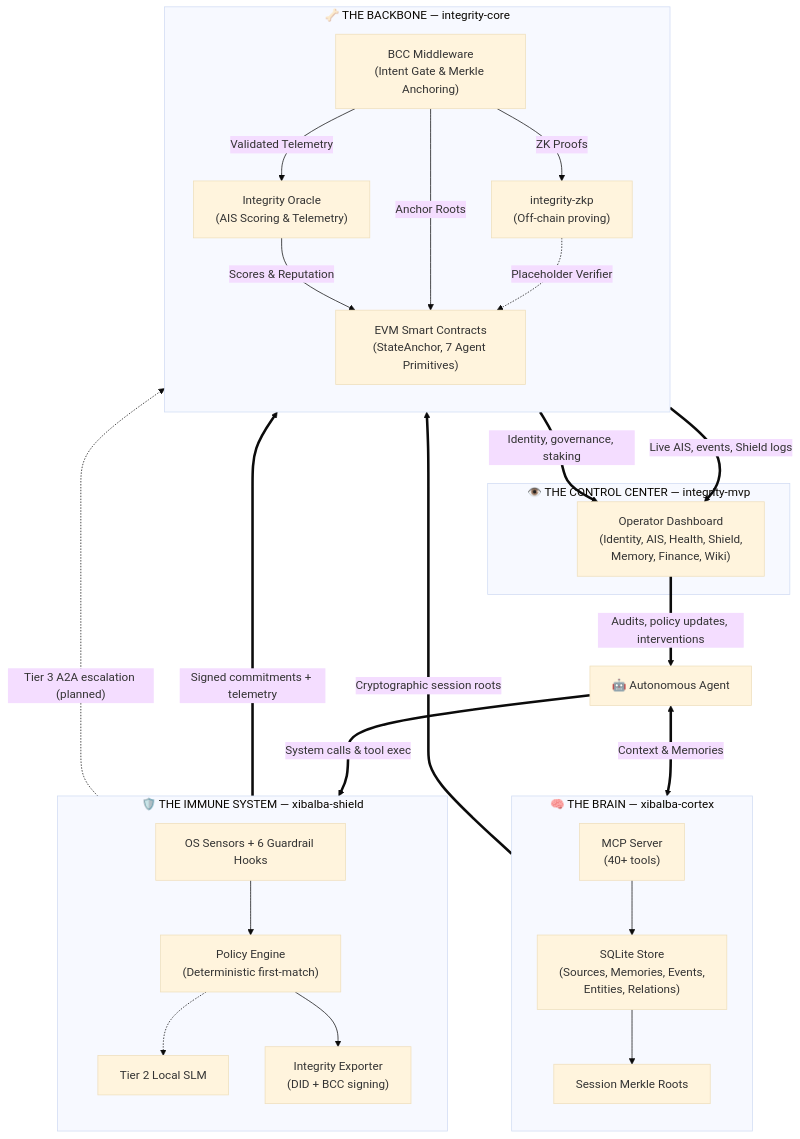
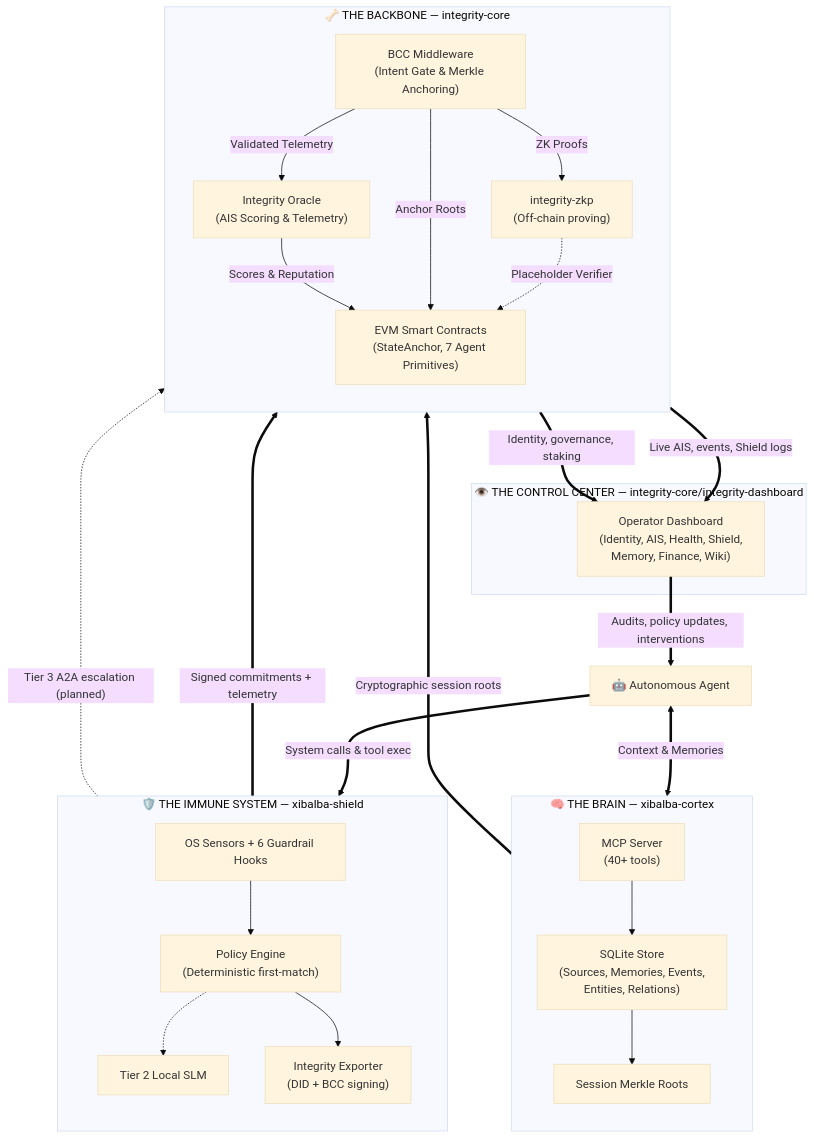
One commit to XibalbaTechSol/integrity-core changed the second of 2 diagrams in SPECIFICATION.md. Above: the diagram before and after it, drawn with Mermaid (base theme). The commit also changed other lines of this file and 14 other files, not shown here.

First line of the commit message:
Correct ecosystem docs: 3 repos, not 4 (integrity-mvp superseded by integrity-dashboard/)

````diff
--- a/SPECIFICATION.md
+++ b/SPECIFICATION.md
@@ -146,49 +149,49 @@
 ```mermaid
 flowchart TD
     subgraph Brain["🧠 THE BRAIN — xibalba-cortex"]
         direction TB
         MCP["MCP Server<br/>(40+ tools)"]
         MemStore["SQLite Store<br/>(Sources, Memories, Events,<br/>Entities, Relations)"]
         MerkleRoot["Session Merkle Roots"]
         MCP --> MemStore --> MerkleRoot
     end
 
     subgraph Immune["🛡️ THE IMMUNE SYSTEM — xibalba-shield"]
         direction TB
         Sensors["OS Sensors + 6 Guardrail Hooks"]
         PolicyEng["Policy Engine<br/>(Deterministic first-match)"]
         SLM["Tier 2 Local SLM"]
         ShieldExporter["Integrity Exporter<br/>(DID + BCC signing)"]
         Sensors --> PolicyEng
         PolicyEng -.-> SLM
         PolicyEng --> ShieldExporter
     end
 
     subgraph Backbone["🦴 THE BACKBONE — integrity-core"]
         direction TB
         BCC["BCC Middleware<br/>(Intent Gate & Merkle Anchoring)"]
         Oracle["Integrity Oracle<br/>(AIS Scoring & Telemetry)"]
         Chain["EVM Smart Contracts<br/>(StateAnchor, 7 Agent Primitives)"]
         ZK["integrity-zkp<br/>(Off-chain proving)"]
         BCC -->|Validated Telemetry| Oracle
         Oracle -->|Scores & Reputation| Chain
         BCC -->|Anchor Roots| Chain
         BCC -->|ZK Proofs| ZK
         ZK -.->|Placeholder Verifier| Chain
     end
 
-    subgraph Eyes["👁️ THE CONTROL CENTER — integrity-mvp"]
+    subgraph Eyes["👁️ THE CONTROL CENTER — integrity-core/integrity-dashboard"]
         MVP["Operator Dashboard<br/>(Identity, AIS, Health, Shield,<br/>Memory, Finance, Wiki)"]
     end
 
     Agent["🤖 Autonomous Agent"]
 
     Agent <===>|"Context & Memories"| MCP
     Agent ===>|"System calls & tool exec"| Sensors
     MerkleRoot ==>|"Cryptographic session roots"| BCC
     ShieldExporter ==>|"Signed commitments + telemetry"| BCC
     Oracle ==>|"Live AIS, events, Shield logs"| MVP
     Chain ==>|"Identity, governance, staking"| MVP
     MVP ==>|"Audits, policy updates, interventions"| Agent
     SLM -.->|"Tier 3 A2A escalation (planned)"| Oracle
 ```
````
